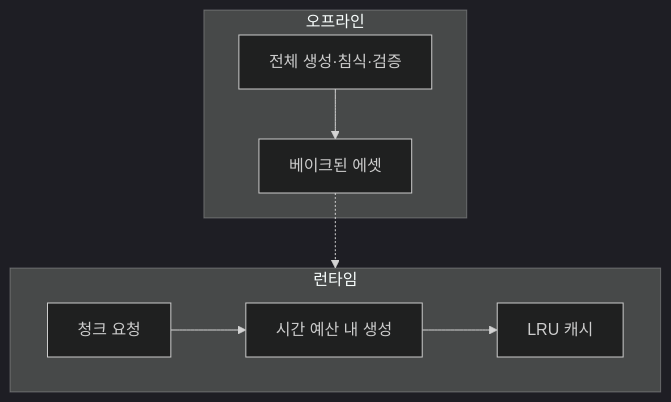
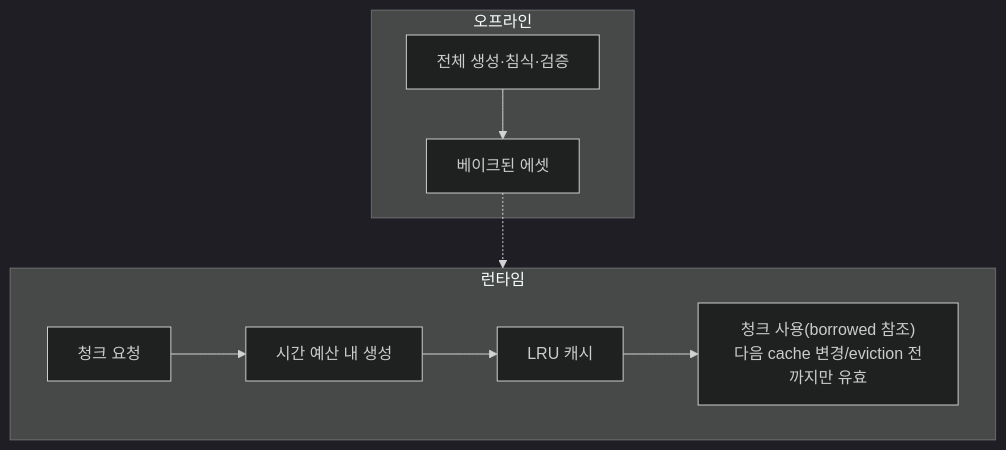
One commit to Rein-ArXiv/game-dev-curriculum changed the fourth of 5 diagrams in tools/part03_procedural.md. Above: the diagram before and after it, drawn with Mermaid (dark theme). The commit also changed other lines of this file and 279 other files, not shown here.

````diff
--- a/tools/part03_procedural.md
+++ b/tools/part03_procedural.md
@@ -527,11 +563,12 @@
 ```mermaid
 flowchart TB
     subgraph Offline[오프라인]
         Bake[전체 생성·침식·검증] --> Asset[베이크된 에셋]
     end
     subgraph Runtime[런타임]
         Stream[청크 요청] --> Gen[시간 예산 내 생성]
         Gen --> Cache[LRU 캐시]
+        Cache --> Use["청크 사용(borrowed 참조)<br/>다음 cache 변경/eviction 전까지만 유효"]
     end
     Asset -.-> Runtime
 ```
````
